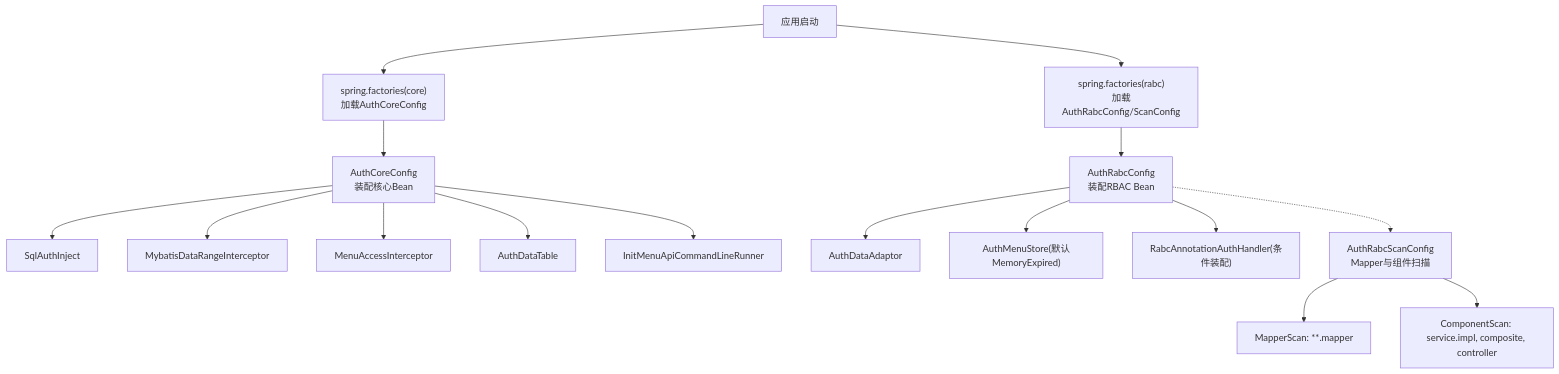
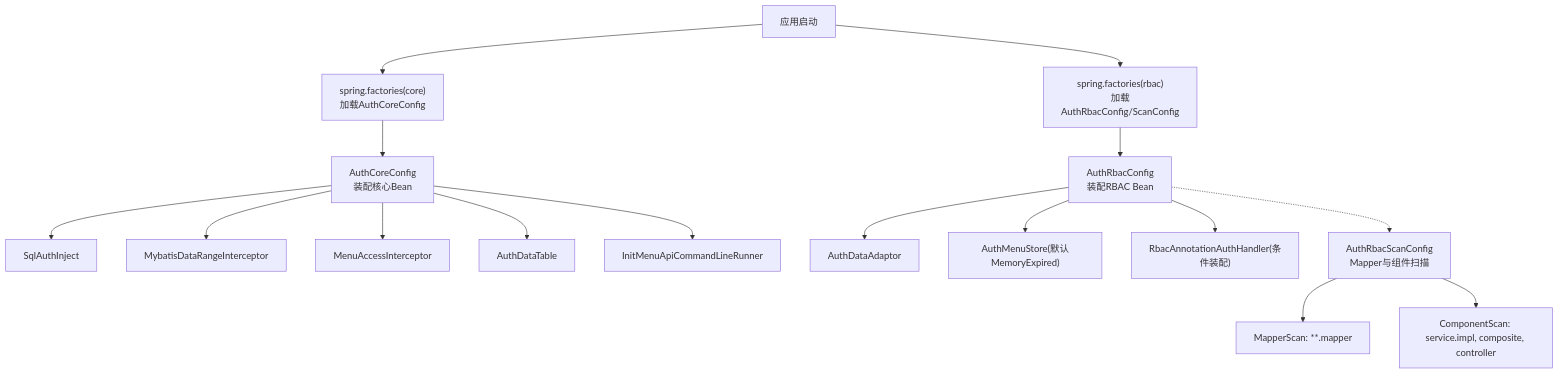
One commit to LiukewenSC/kewen-framework changed the second of 6 diagrams in .qoder/repowiki/zh/content/权限系统 (qy-auth)/权限启动器 (auth-starters).md. Above: the diagram before and after it, drawn with Mermaid. The commit also changed other lines of this file and 764 other files, not shown here.

````diff
--- a/.qoder/repowiki/zh/content/权限系统 (qy-auth)/权限启动器 (auth-starters).md
+++ b/.qoder/repowiki/zh/content/权限系统 (qy-auth)/权限启动器 (auth-starters).md
@@ -88,18 +88,18 @@
 ```mermaid
 graph TB
 APP["应用启动"] --> FACTORY_CORE["spring.factories(core)<br/>加载AuthCoreConfig"]
 FACTORY_CORE --> CONFIG_CORE["AuthCoreConfig<br/>装配核心Bean"]
 CONFIG_CORE --> BEAN_SQL["SqlAuthInject"]
 CONFIG_CORE --> BEAN_MYBATIS["MybatisDataRangeInterceptor"]
 CONFIG_CORE --> BEAN_MENU_INT["MenuAccessInterceptor"]
 CONFIG_CORE --> BEAN_TABLE["AuthDataTable"]
 CONFIG_CORE --> BEAN_RUNNER["InitMenuApiCommandLineRunner"]
-APP --> FACTORY_RABC["spring.factories(rabc)<br/>加载AuthRabcConfig/ScanConfig"]
-FACTORY_RABC --> CONFIG_RABC["AuthRabcConfig<br/>装配RBAC Bean"]
-CONFIG_RABC --> BEAN_ADAPTOR["AuthDataAdaptor"]
-CONFIG_RABC --> BEAN_STORE["AuthMenuStore(默认MemoryExpired)"]
-CONFIG_RABC --> BEAN_HANDLER["RabcAnnotationAuthHandler(条件装配)"]
-CONFIG_RABC -.-> SCAN["AuthRabcScanConfig<br/>Mapper与组件扫描"]
+APP --> FACTORY_RBAC["spring.factories(rbac)<br/>加载AuthRbacConfig/ScanConfig"]
+FACTORY_RBAC --> CONFIG_RBAC["AuthRbacConfig<br/>装配RBAC Bean"]
+CONFIG_RBAC --> BEAN_ADAPTOR["AuthDataAdaptor"]
+CONFIG_RBAC --> BEAN_STORE["AuthMenuStore(默认MemoryExpired)"]
+CONFIG_RBAC --> BEAN_HANDLER["RbacAnnotationAuthHandler(条件装配)"]
+CONFIG_RBAC -.-> SCAN["AuthRbacScanConfig<br/>Mapper与组件扫描"]
 SCAN --> MAPPER["MapperScan: **.mapper"]
 SCAN --> COMP["ComponentScan: service.impl, composite, controller"]
 ```
````
